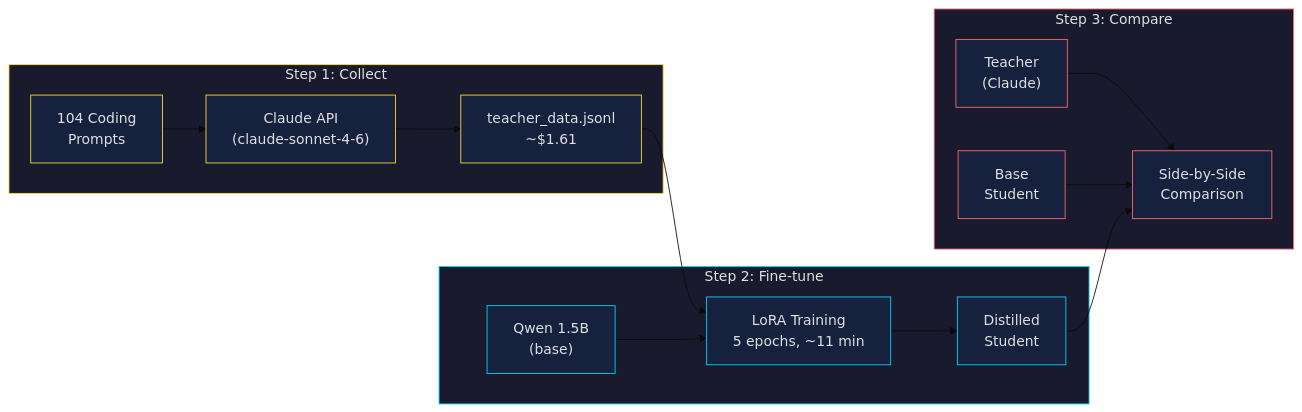
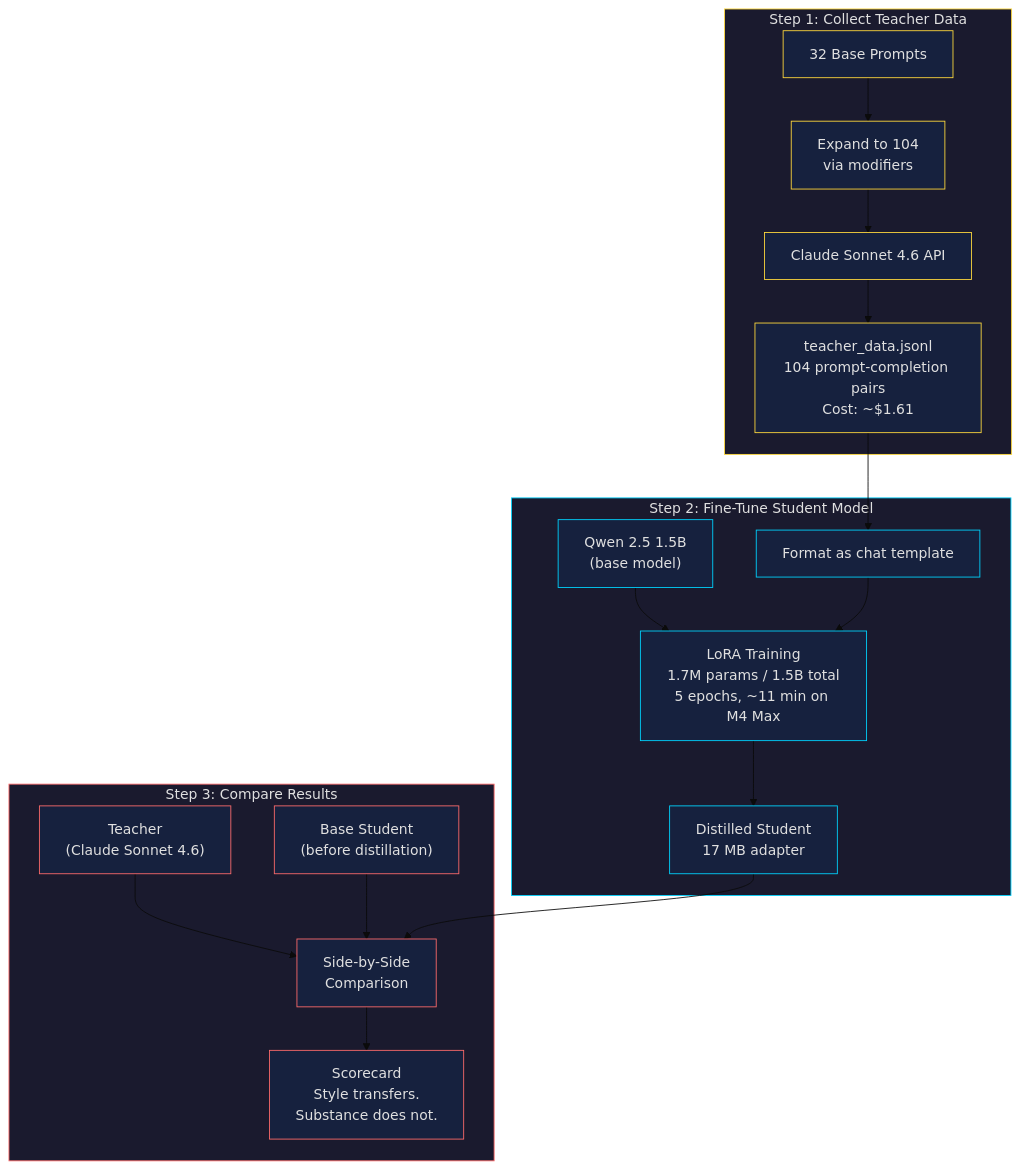
Before and after one commit to kousen/AI_distilling: the diagram in visuals/pipeline.mmd, drawn with Mermaid (base theme). The commit also changed 1 other file, not shown here.

Commit message:
Redesign pipeline diagram for readability
Switch from horizontal (LR) to vertical (TD) layout, add more
detail nodes (prompt expansion, chat template, scorecard), and
include specific metrics in labels. Updates both pipeline.mmd
and the embedded version in RESULTS.md.

```diff
--- a/visuals/pipeline.mmd
+++ b/visuals/pipeline.mmd
@@ -1,30 +1,36 @@
-flowchart LR
-    subgraph step1["Step 1: Collect"]
-        P["104 Coding\nPrompts"] --> API["Claude API\n(claude-sonnet-4-6)"]
-        API --> D["teacher_data.jsonl\n~$1.61"]
+flowchart TD
+    subgraph step1["Step 1: Collect Teacher Data"]
+        P["32 Base Prompts"] --> EXP["Expand to 104\nvia modifiers"]
+        EXP --> API["Claude Sonnet 4.6 API"]
+        API --> D["teacher_data.jsonl\n104 prompt-completion pairs\nCost: ~$1.61"]
     end
 
-    subgraph step2["Step 2: Fine-tune"]
-        D --> LORA["LoRA Training\n5 epochs, ~11 min"]
-        BASE["Qwen 1.5B\n(base)"] --> LORA
-        LORA --> DIST["Distilled\nStudent"]
+    subgraph step2["Step 2: Fine-Tune Student Model"]
+        D --> FMT["Format as chat template"]
+        BASE["Qwen 2.5 1.5B\n(base model)"] --> LORA["LoRA Training\n1.7M params / 1.5B total\n5 epochs, ~11 min on M4 Max"]
+        FMT --> LORA
+        LORA --> DIST["Distilled Student\n17 MB adapter"]
     end
 
-    subgraph step3["Step 3: Compare"]
-        TEACHER["Teacher\n(Claude)"] --> CMP["Side-by-Side\nComparison"]
-        BASE2["Base\nStudent"] --> CMP
+    subgraph step3["Step 3: Compare Results"]
+        TEACHER["Teacher\n(Claude Sonnet 4.6)"] --> CMP["Side-by-Side\nComparison"]
+        BASE2["Base Student\n(before distillation)"] --> CMP
         DIST --> CMP
+        CMP --> SCORE["Scorecard\nStyle transfers.\nSubstance does not."]
     end
 
     style step1 fill:#1a1a2e,stroke:#ffd93d,color:#e0e0e0
     style step2 fill:#1a1a2e,stroke:#00d4ff,color:#e0e0e0
     style step3 fill:#1a1a2e,stroke:#ff6b6b,color:#e0e0e0
     style P fill:#16213e,stroke:#ffd93d,color:#e0e0e0
+    style EXP fill:#16213e,stroke:#ffd93d,color:#e0e0e0
     style API fill:#16213e,stroke:#ffd93d,color:#e0e0e0
     style D fill:#16213e,stroke:#ffd93d,color:#e0e0e0
+    style FMT fill:#16213e,stroke:#00d4ff,color:#e0e0e0
     style LORA fill:#16213e,stroke:#00d4ff,color:#e0e0e0
     style BASE fill:#16213e,stroke:#00d4ff,color:#e0e0e0
     style DIST fill:#16213e,stroke:#00d4ff,color:#e0e0e0
     style TEACHER fill:#16213e,stroke:#ff6b6b,color:#e0e0e0
     style BASE2 fill:#16213e,stroke:#ff6b6b,color:#e0e0e0
     style CMP fill:#16213e,stroke:#ff6b6b,color:#e0e0e0
+    style SCORE fill:#16213e,stroke:#ff6b6b,color:#e0e0e0
```
